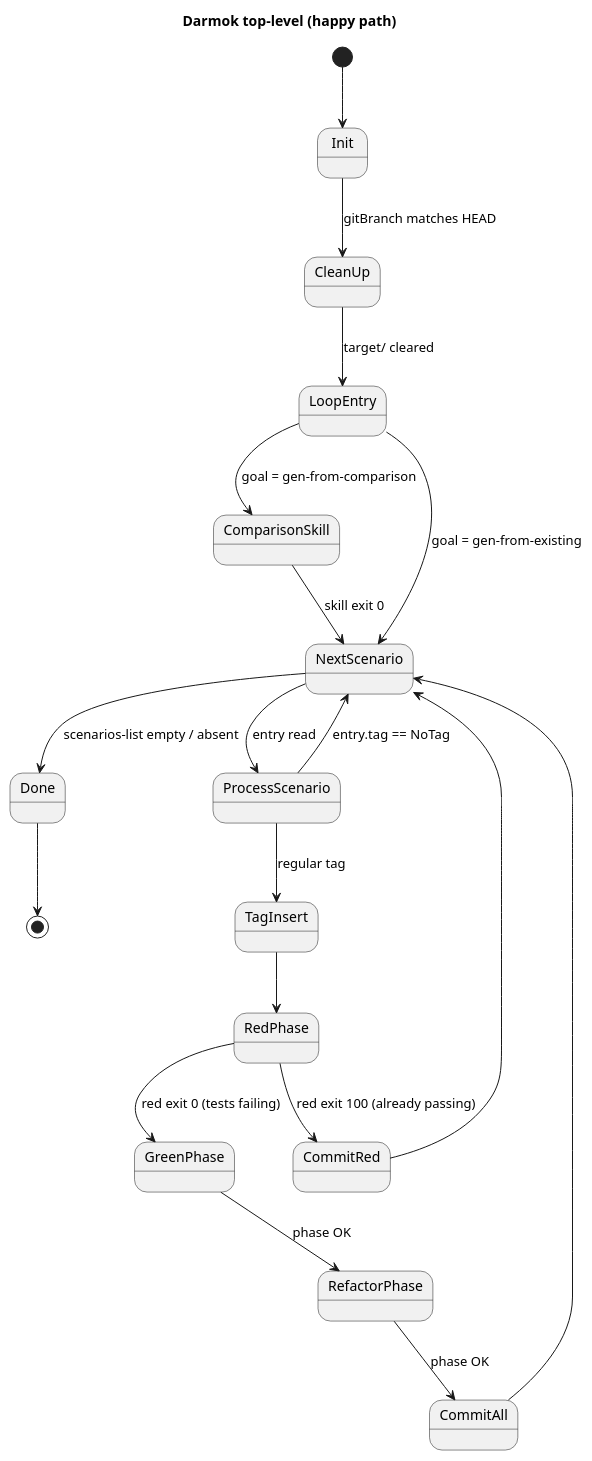
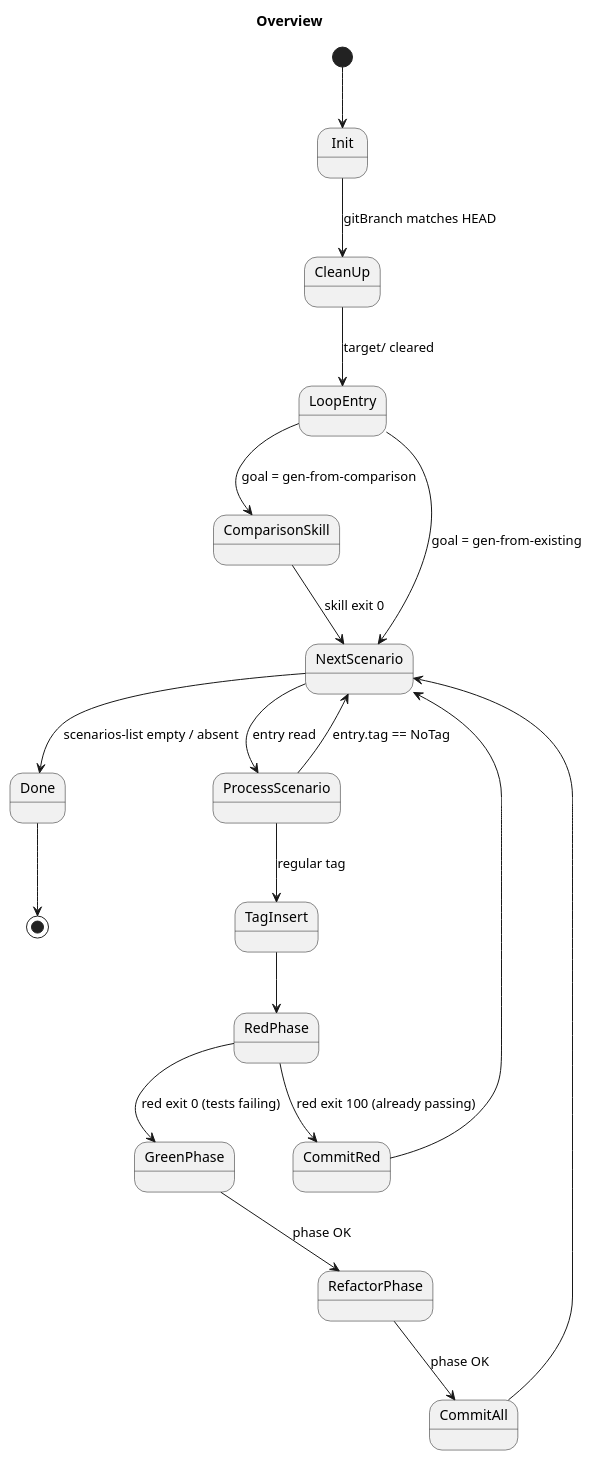
Before and after one commit to farhan5248/sheep-dog-qa: the first of 11 diagrams in sheep-dog-features/src/test/resources/asciidoc/specs/Darmok/model.md, drawn with PlantUML. The commit also changed other lines of this file and 17 other files, not shown here.

````diff
--- a/sheep-dog-features/src/test/resources/asciidoc/specs/Darmok/model.md
+++ b/sheep-dog-features/src/test/resources/asciidoc/specs/Darmok/model.md
@@ -22,25 +31,25 @@
 ```plantuml
 @startuml
-title Darmok top-level (happy path)
+title Overview
 
 [*] --> Init
 Init --> CleanUp : gitBranch matches HEAD
 CleanUp --> LoopEntry : target/ cleared
 LoopEntry --> ComparisonSkill : goal = gen-from-comparison
 LoopEntry --> NextScenario   : goal = gen-from-existing
 ComparisonSkill --> NextScenario : skill exit 0
 NextScenario --> Done          : scenarios-list empty / absent
 NextScenario --> ProcessScenario : entry read
 ProcessScenario --> NextScenario : entry.tag == NoTag
 ProcessScenario --> TagInsert    : regular tag
 TagInsert --> RedPhase
 RedPhase  --> CommitRed  : red exit 100 (already passing)
 RedPhase  --> GreenPhase : red exit 0 (tests failing)
 GreenPhase    --> RefactorPhase : phase OK
 RefactorPhase --> CommitAll     : phase OK
 CommitRed --> NextScenario
 CommitAll --> NextScenario
 Done --> [*]
 
 @enduml
 ```
````
